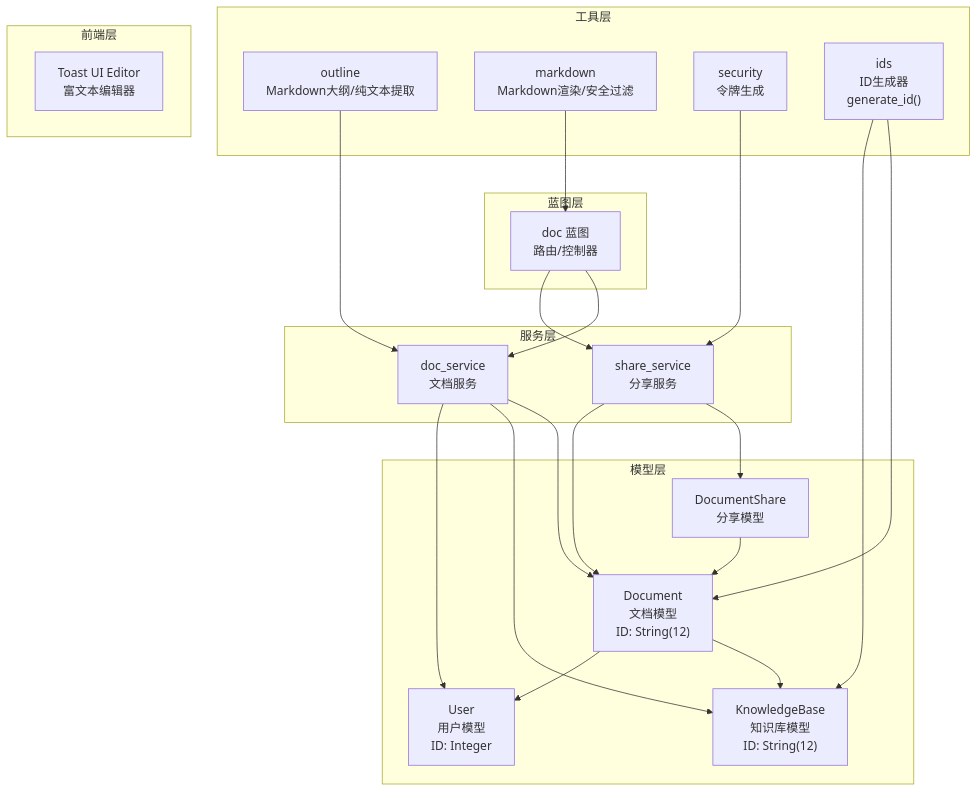
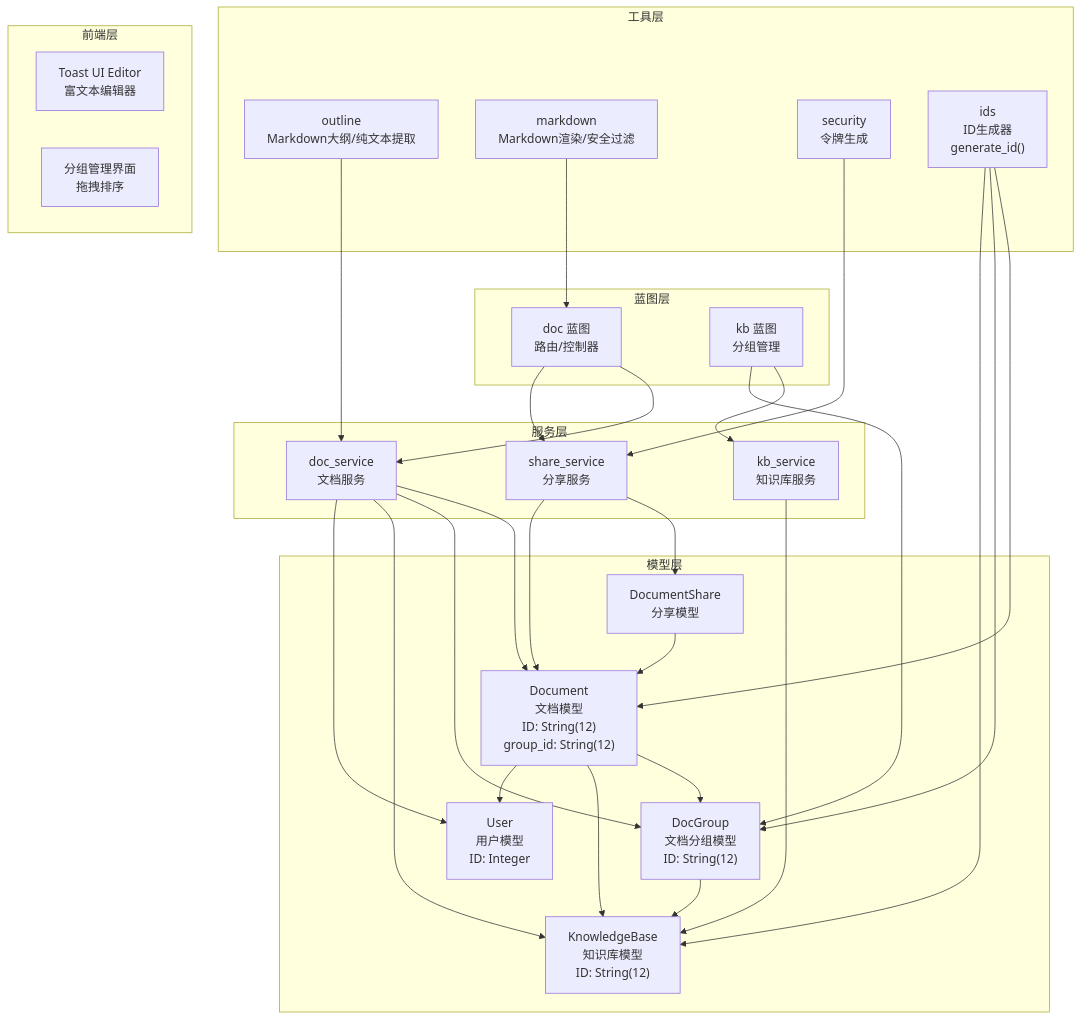
The first of 8 diagrams in .qoder/repowiki/zh/content/数据模型设计/文档模型.md (beyondalbert/my_wiki), drawn with Mermaid before and after one commit. The commit also changed other lines of this file and 5 other files, not shown here.

````diff
--- a/.qoder/repowiki/zh/content/数据模型设计/文档模型.md
+++ b/.qoder/repowiki/zh/content/数据模型设计/文档模型.md
@@ -57,40 +61,51 @@
 ```mermaid
 graph TB
 subgraph "模型层"
-D["Document<br/>文档模型<br/>ID: String(12)"]
+D["Document<br/>文档模型<br/>ID: String(12)<br/>group_id: String(12)"]
+DG["DocGroup<br/>文档分组模型<br/>ID: String(12)"]
 DS["DocumentShare<br/>分享模型"]
 KB["KnowledgeBase<br/>知识库模型<br/>ID: String(12)"]
 U["User<br/>用户模型<br/>ID: Integer"]
 end
 subgraph "服务层"
 S1["doc_service<br/>文档服务"]
 S2["share_service<br/>分享服务"]
+S3["kb_service<br/>知识库服务"]
 end
 subgraph "工具层"
 U1["outline<br/>Markdown大纲/纯文本提取"]
 U2["markdown<br/>Markdown渲染/安全过滤"]
 U3["security<br/>令牌生成"]
 U4["ids<br/>ID生成器<br/>generate_id()"]
 end
 subgraph "蓝图层"
-BP["doc 蓝图<br/>路由/控制器"]
+BP1["doc 蓝图<br/>路由/控制器"]
+BP2["kb 蓝图<br/>分组管理"]
 end
 subgraph "前端层"
-FE["Toast UI Editor<br/>富文本编辑器"]
+FE1["Toast UI Editor<br/>富文本编辑器"]
+FE2["分组管理界面<br/>拖拽排序"]
 end
+D --> DG
 D --> KB
 D --> U
+DG --> KB
 DS --> D
 S1 --> D
+S1 --> DG
 S1 --> KB
 S1 --> U
 S2 --> DS
 S2 --> D
-BP --> S1
-BP --> S2
+S3 --> KB
+BP1 --> S1
+BP1 --> S2
+BP2 --> S3
+BP2 --> DG
 U1 --> S1
-U2 --> BP
+U2 --> BP1
 U3 --> S2
 U4 --> D
+U4 --> DG
 U4 --> KB
 ```
````
